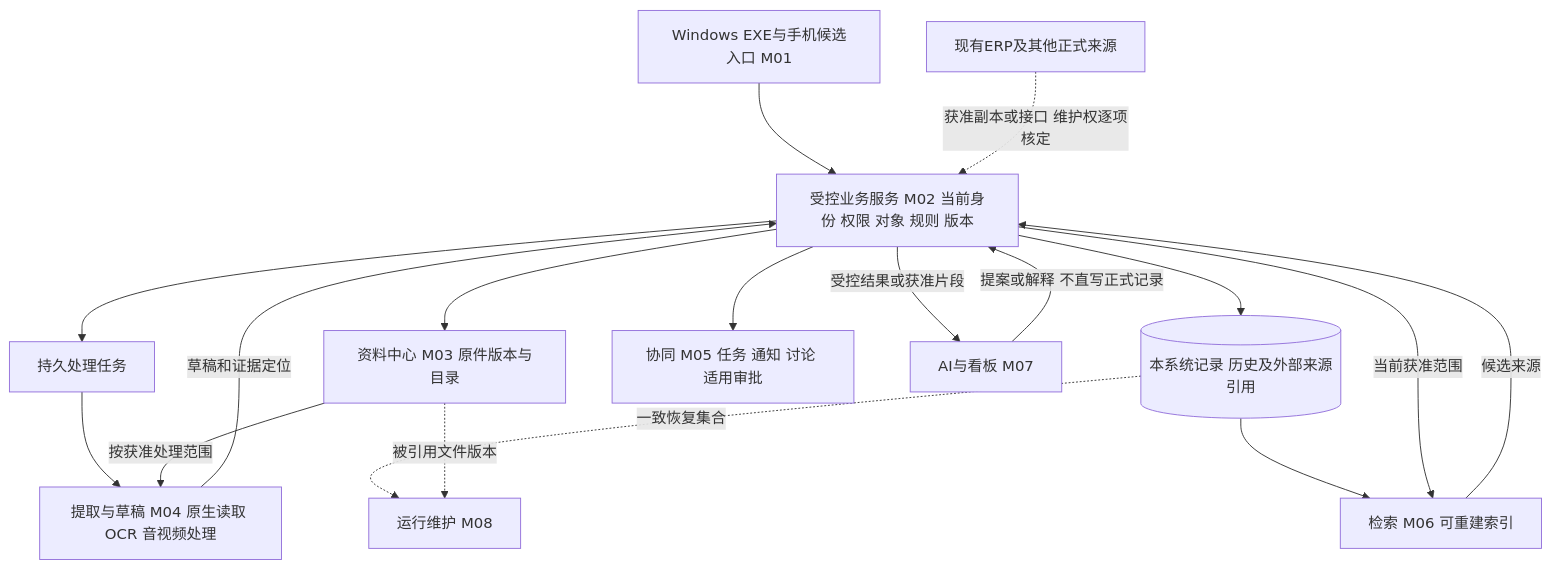
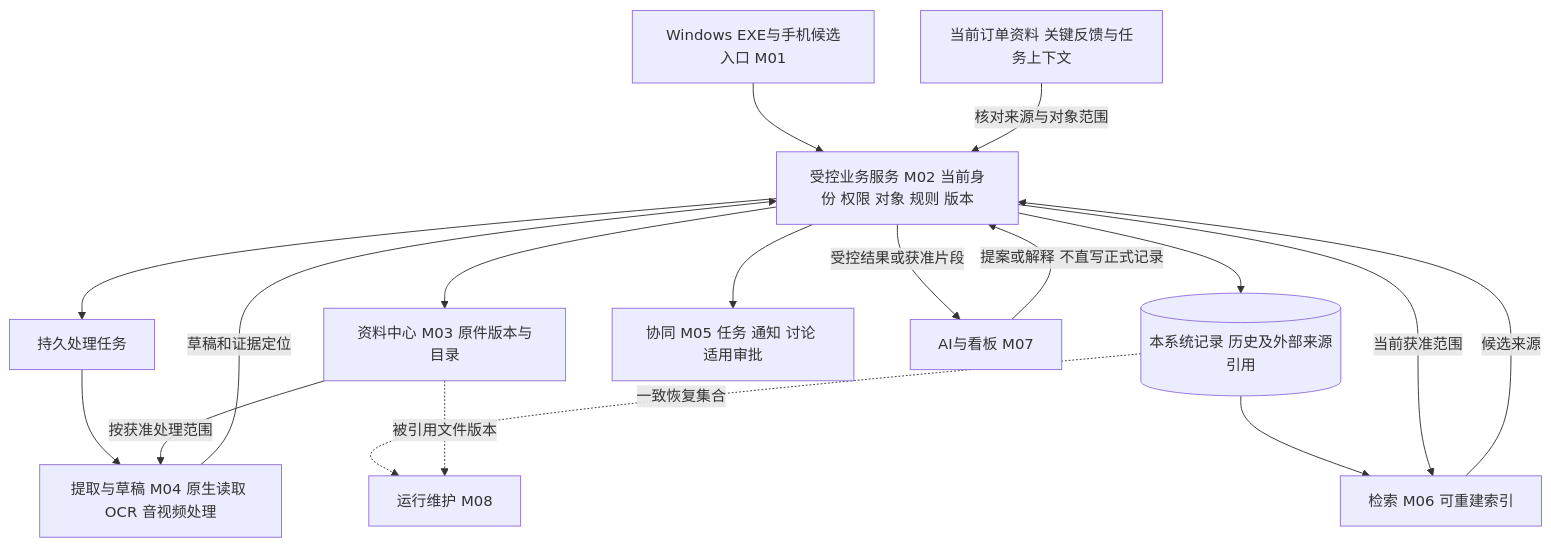
One commit to longshi888888/longshi changed the diagram in 软件开发计划+施工清单/技术与部署方案/系统设计总图.md. Above: the diagram before and after it, drawn with Mermaid. The commit also changed other lines of this file and 58 other files, not shown here.

````diff
--- a/软件开发计划+施工清单/技术与部署方案/系统设计总图.md
+++ b/软件开发计划+施工清单/技术与部署方案/系统设计总图.md
@@ -17,19 +23,19 @@
 ```mermaid
 flowchart TD
     U[Windows EXE与手机候选入口 M01] --> B[受控业务服务 M02 当前身份 权限 对象 规则 版本]
     B --> F[资料中心 M03 原件版本与目录]
     B --> J[持久处理任务]
     J --> E[提取与草稿 M04 原生读取 OCR 音视频处理]
     F -->|按获准处理范围| E
     E -->|草稿和证据定位| B
     B --> D[(本系统记录 历史及外部来源引用)]
     B --> T[协同 M05 任务 通知 讨论 适用审批]
     D --> S[检索 M06 可重建索引]
     B -->|当前获准范围| S
     S -->|候选来源| B
     B -->|受控结果或获准片段| A[AI与看板 M07]
     A -->|提案或解释 不直写正式记录| B
-    R[现有ERP及其他正式来源] -.获准副本或接口 维护权逐项核定.-> B
+    R[当前订单资料 关键反馈与任务上下文] -->|核对来源与对象范围| B
     D -.一致恢复集合.-> O[运行维护 M08]
     F -.被引用文件版本.-> O
 ```
````
